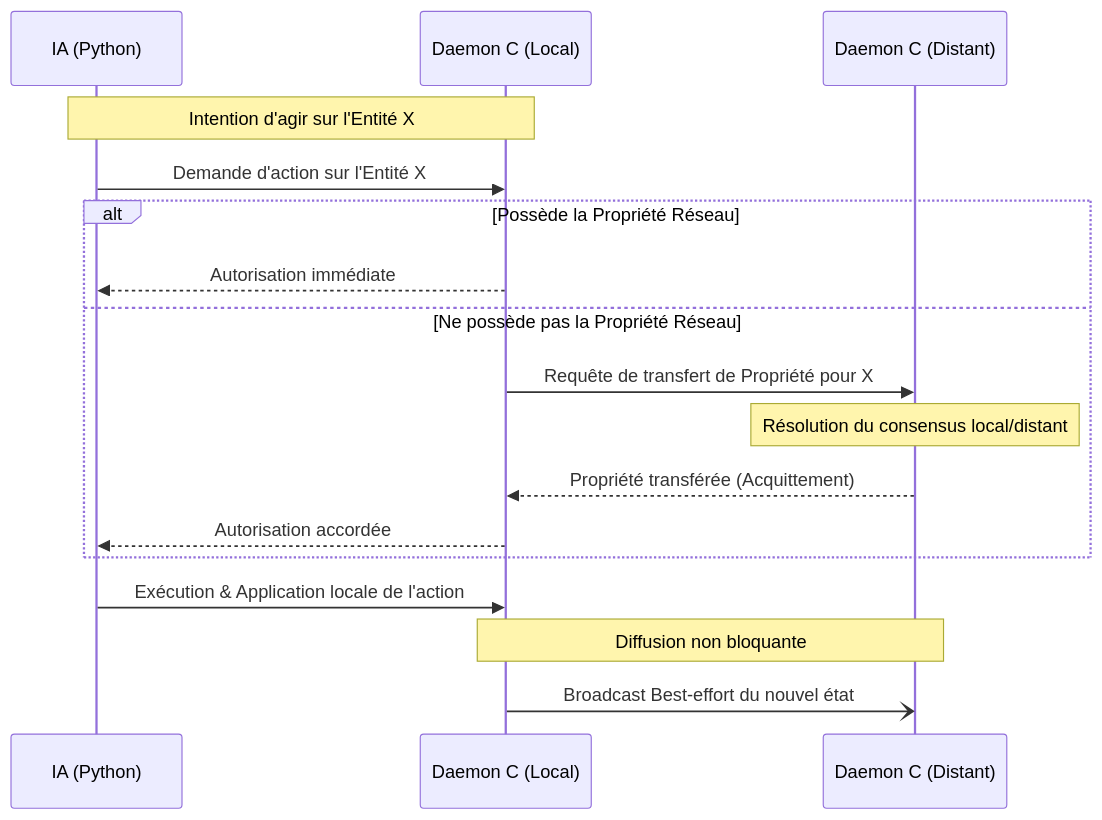
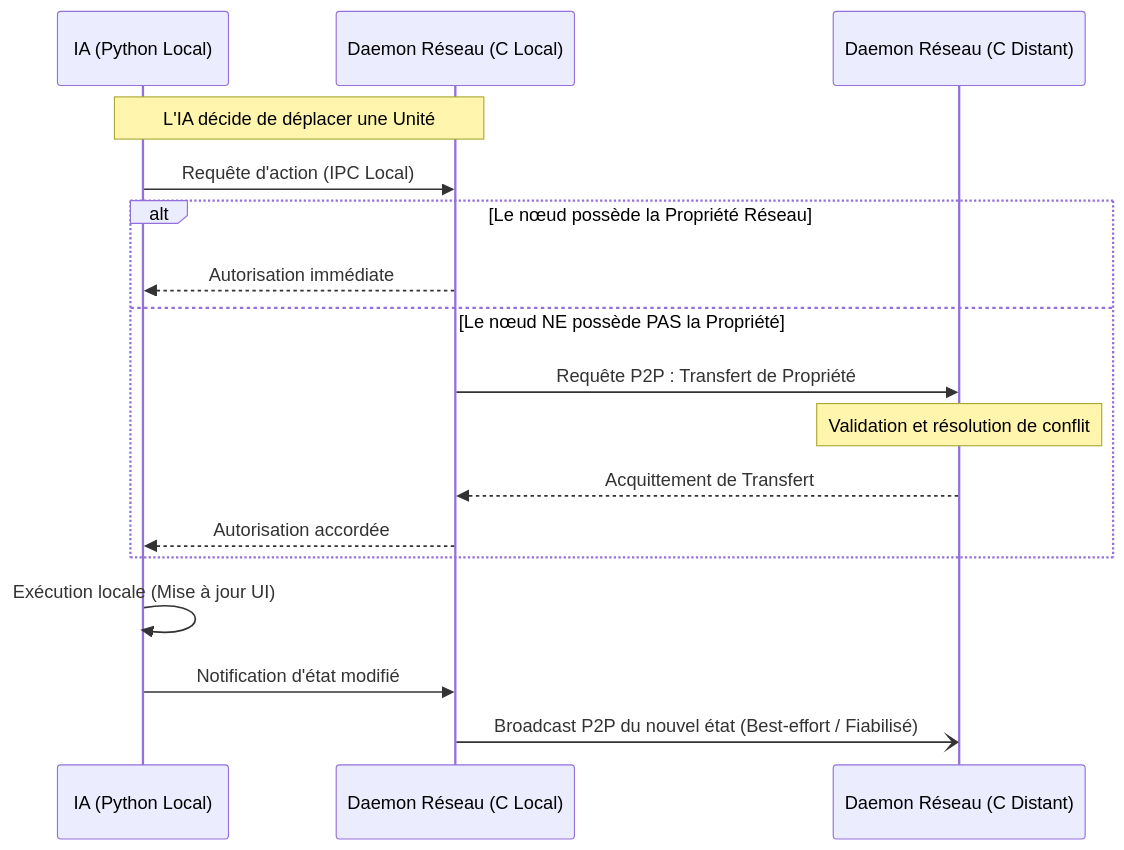
Before and after one commit to YOUSSEF4315/STI3A-Projet_reseaux_1: the second of 2 diagrams in README.md, drawn with Mermaid. The commit also changed other lines of this file, not shown here.

Commit message:
docs: Update README with V1/V2 architecture and test comparisons

````diff
--- a/README.md
+++ b/README.md
@@ -52,22 +32,22 @@
 ```mermaid
 sequenceDiagram
-    participant IA as IA (Python)
-    participant CL as Daemon C (Local)
-    participant CD as Daemon C (Distant)
+    participant IA as IA (Python Local)
+    participant CL as Daemon Réseau (C Local)
+    participant CD as Daemon Réseau (C Distant)
 
-    Note over IA, CL: Intention d'agir sur l'Entité X
-    IA->>CL: Demande d'action sur l'Entité X
+    Note over IA, CL: L'IA décide de déplacer une Unité
+    IA->>CL: Requête d'action (IPC Local)
     
-    alt Possède la Propriété Réseau
+    alt Le nœud possède la Propriété Réseau
         CL-->>IA: Autorisation immédiate
-    else Ne possède pas la Propriété Réseau
-        CL->>CD: Requête de transfert de Propriété pour X
-        Note over CD: Résolution du consensus local/distant
-        CD-->>CL: Propriété transférée (Acquittement)
+    else Le nœud NE possède PAS la Propriété
+        CL->>CD: Requête P2P : Transfert de Propriété
+        Note over CD: Validation et résolution de conflit
+        CD-->>CL: Acquittement de Transfert
         CL-->>IA: Autorisation accordée
     end
     
-    IA->>CL: Exécution & Application locale de l'action
-    Note over CL, CD: Diffusion non bloquante
-    CL-)CD: Broadcast Best-effort du nouvel état
+    IA->>IA: Exécution locale (Mise à jour UI)
+    IA->>CL: Notification d'état modifié
+    CL-)CD: Broadcast P2P du nouvel état (Best-effort / Fiabilisé)
 ```
````
